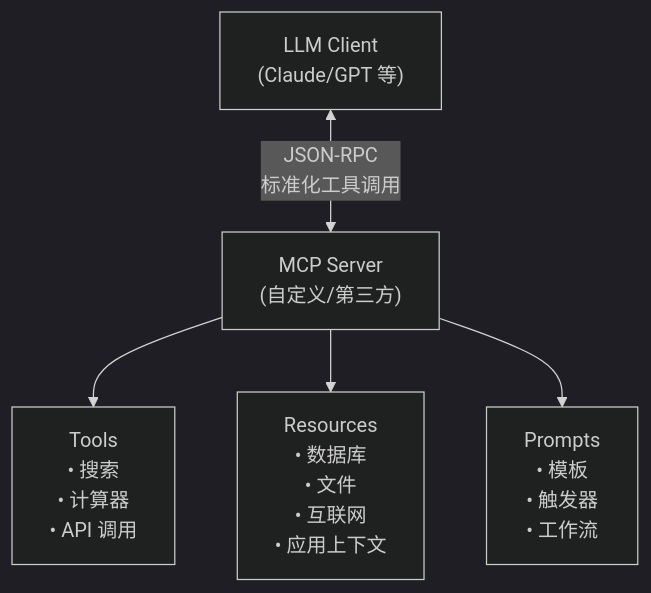
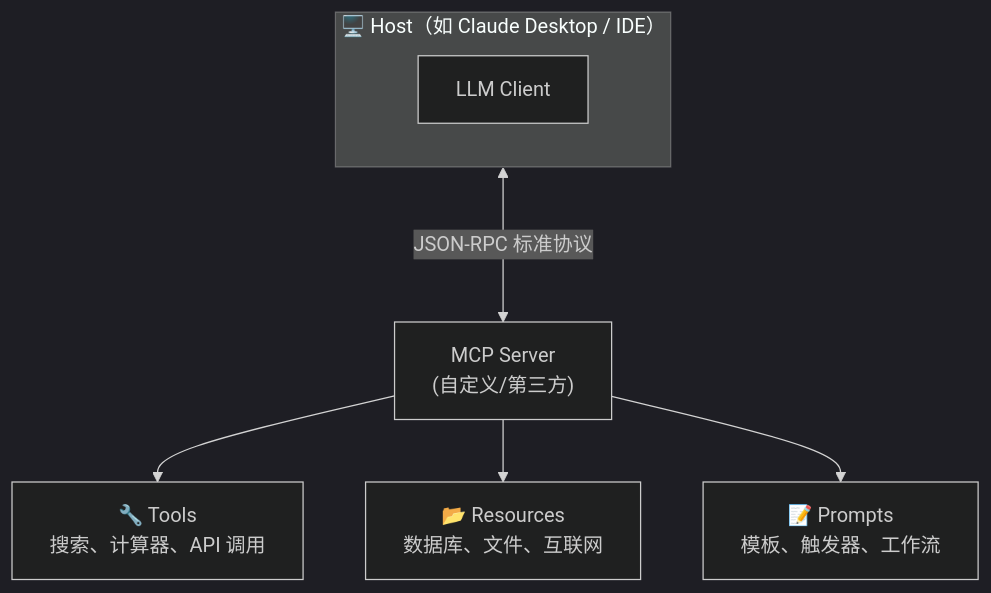
Before and after one commit to wb04307201/wb04307201: the third of 5 diagrams in note/11.ai/training/lession1/README.md, drawn with Mermaid (dark theme). The commit also changed other lines of this file and 2 other files, not shown here.

````diff
--- a/note/11.ai/training/lession1/README.md
+++ b/note/11.ai/training/lession1/README.md
@@ -256,15 +217,18 @@
 ```mermaid
 graph TB
-   A["LLM Client<br/>(Claude/GPT 等)"]
-   B["MCP Server<br/>(自定义/第三方)"]
+    subgraph Host["🖥️ Host（如 Claude Desktop / IDE）"]
+        Client["LLM Client"]
+    end
 
-   A <-- "JSON-RPC<br/>标准化工具调用" --> B
+    Server["MCP Server<br/>(自定义/第三方)"]
 
-   C["Tools<br/>• 搜索<br/>• 计算器<br/>• API 调用"]
-   D["Resources<br/>• 数据库<br/>• 文件<br/>• 互联网<br/>• 应用上下文"]
-   E["Prompts<br/>• 模板<br/>• 触发器<br/>• 工作流"]
-   
-   B --> C
-   B --> D
-   B --> E
+    Host <--->|"JSON-RPC 标准协议"| Server
+
+    C["🔧 Tools<br/>搜索、计算器、API 调用"]
+    D["📂 Resources<br/>数据库、文件、互联网"]
+    E["📝 Prompts<br/>模板、触发器、工作流"]
+
+    Server --> C
+    Server --> D
+    Server --> E
 ```
````
